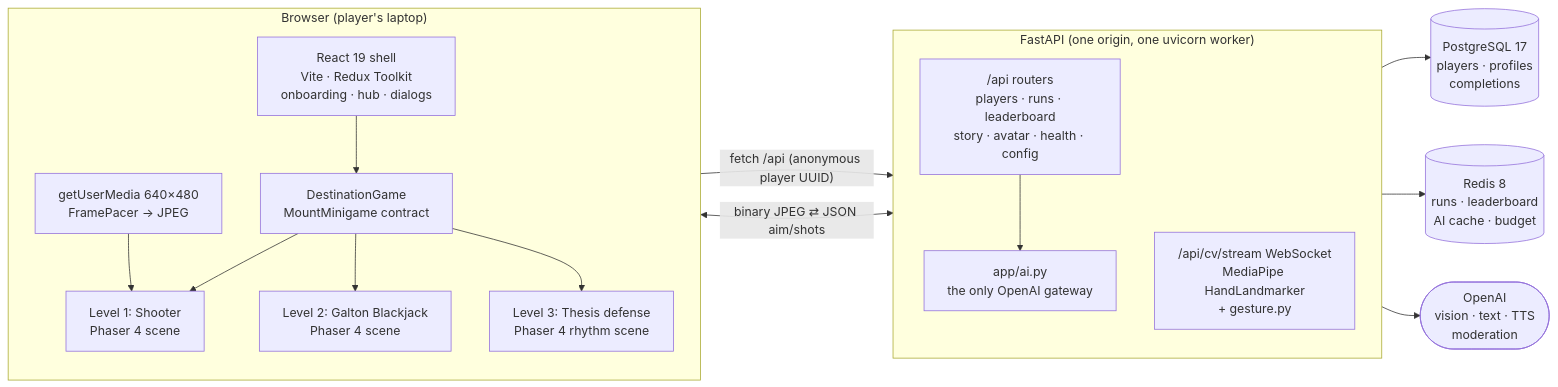
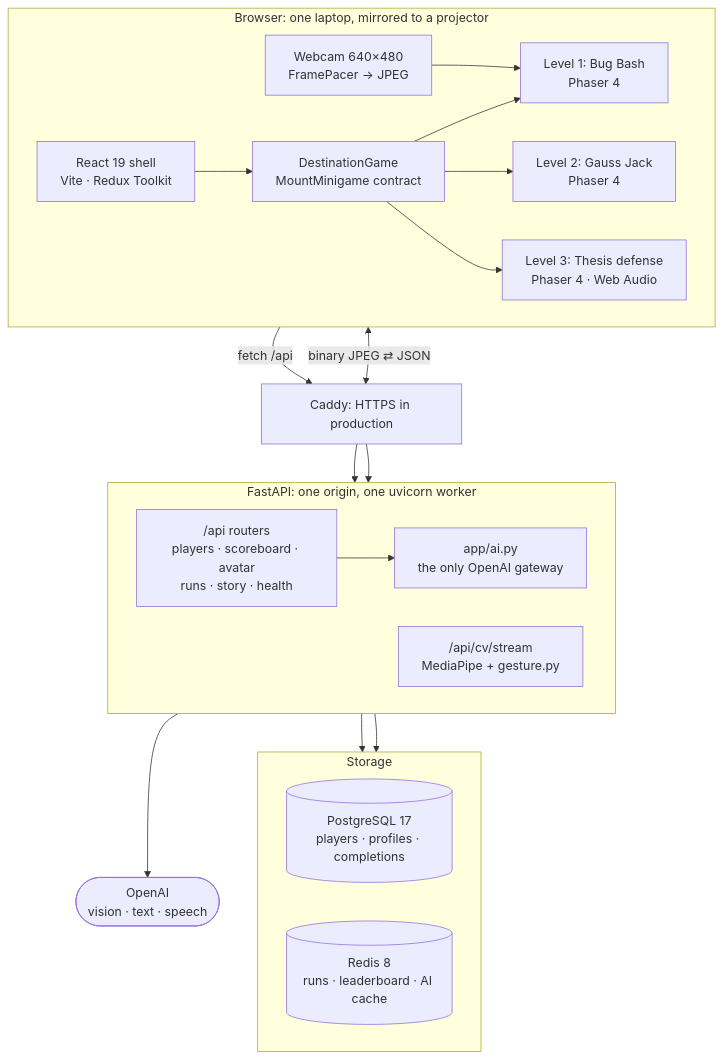
One commit to DEOIST/viscon26-main changed the first of 5 diagrams in README.md. Above: the diagram before and after it, drawn with Mermaid. The commit also changed other lines of this file and 26 other files, not shown here.

````diff
--- a/README.md
+++ b/README.md
@@ -105,35 +141,42 @@
 ```mermaid
-flowchart LR
-    subgraph Browser["Browser (player's laptop)"]
-        direction TB
-        Shell["React 19 shell<br/>Vite · Redux Toolkit<br/>onboarding · hub · dialogs"]
+flowchart TB
+    subgraph Browser["Browser: one laptop, mirrored to a projector"]
+        direction LR
+        Shell["React 19 shell<br/>Vite · Redux Toolkit"]
         Host["DestinationGame<br/>MountMinigame contract"]
-        L1["Level 1: Shooter<br/>Phaser 4 scene"]
-        L2["Level 2: Galton Blackjack<br/>Phaser 4 scene"]
-        L3["Level 3: Thesis defense<br/>Phaser 4 rhythm scene"]
-        Cam["getUserMedia 640×480<br/>FramePacer → JPEG"]
+        L1["Level 1: Bug Bash<br/>Phaser 4"]
+        L2["Level 2: Gauss Jack<br/>Phaser 4"]
+        L3["Level 3: Thesis defense<br/>Phaser 4 · Web Audio"]
+        Cam["Webcam 640×480<br/>FramePacer → JPEG"]
         Shell --> Host
         Host --> L1
         Host --> L2
         Host --> L3
         Cam --> L1
     end
 
-    subgraph Server["FastAPI (one origin, one uvicorn worker)"]
-        direction TB
-        API["/api routers<br/>players · runs · leaderboard<br/>story · avatar · health · config"]
-        CV["/api/cv/stream WebSocket<br/>MediaPipe HandLandmarker<br/>+ gesture.py"]
+    Caddy["Caddy: HTTPS in production"]
+
+    subgraph Server["FastAPI: one origin, one uvicorn worker"]
+        direction LR
+        API["/api routers<br/>players · scoreboard · avatar<br/>runs · story · health"]
+        CV["/api/cv/stream<br/>MediaPipe + gesture.py"]
         AI["app/ai.py<br/>the only OpenAI gateway"]
     end
 
-    PG[("PostgreSQL 17<br/>players · profiles<br/>completions")]
-    RD[("Redis 8<br/>runs · leaderboard<br/>AI cache · budget")]
-    OAI(["OpenAI<br/>vision · text · TTS<br/>moderation"])
+    subgraph Storage["Storage"]
+        direction LR
+        PG[("PostgreSQL 17<br/>players · profiles · completions")]
+        RD[("Redis 8<br/>runs · leaderboard · AI cache")]
+    end
+    OAI(["OpenAI<br/>vision · text · speech"])
 
-    Shell -- "fetch /api (anonymous player UUID)" --> API
-    L1 <-- "binary JPEG ⇄ JSON aim/shots" --> CV
+    Shell -- "fetch /api" --> Caddy
+    L1 <-- "binary JPEG ⇄ JSON" --> Caddy
+    Caddy --> API
+    Caddy --> CV
     API --> PG
     API --> RD
     API --> AI
     AI --> OAI
 ```
````
